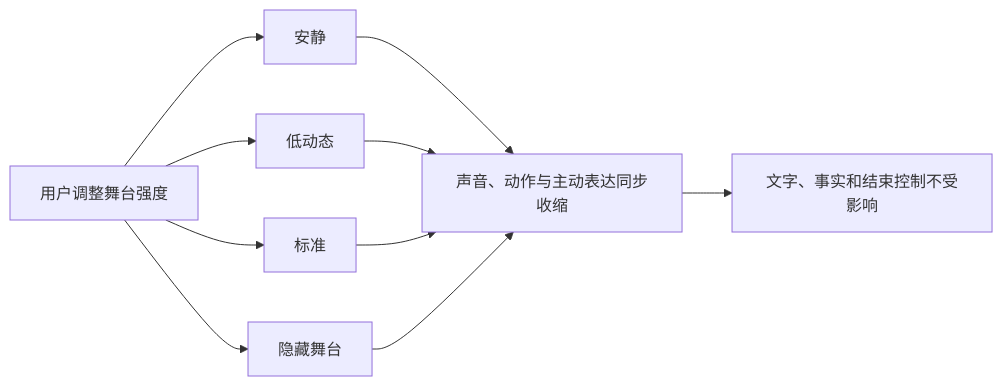
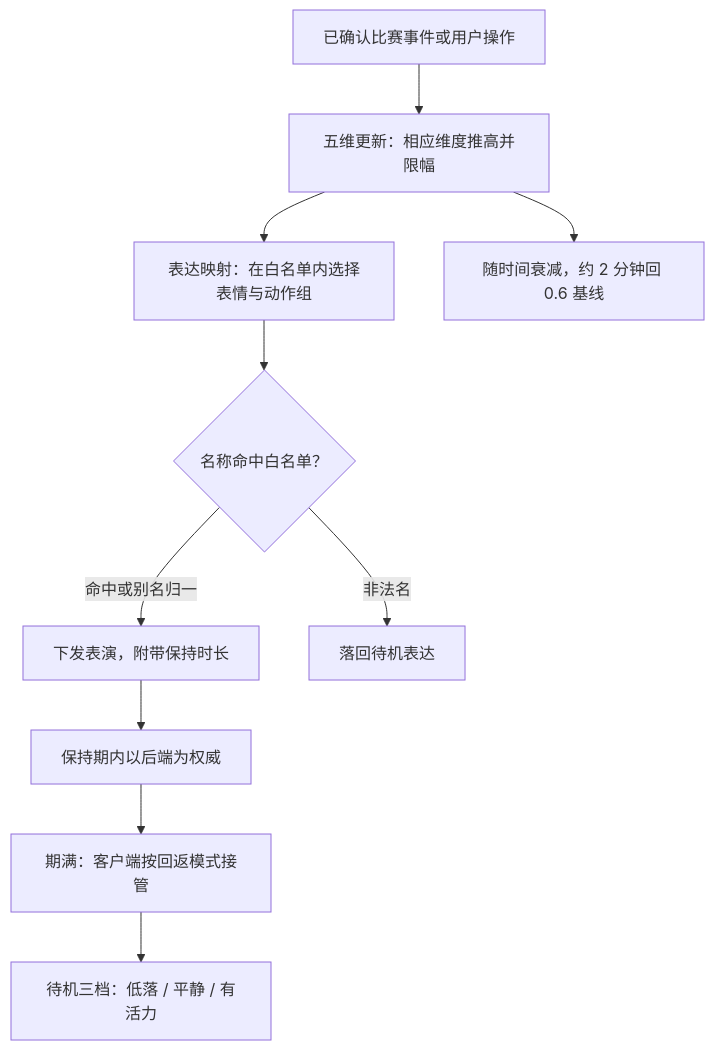
Before and after one commit to weiz98417-crypto/qiuqiu: the second of 2 diagrams in docs/球球全套资料/4.产品设计/32-情绪动力学与Live2D表演编排设计.md, drawn with Mermaid. The commit also changed other lines of this file and 49 other files, not shown here.

````diff
--- a/docs/球球全套资料/4.产品设计/32-情绪动力学与Live2D表演编排设计.md
+++ b/docs/球球全套资料/4.产品设计/32-情绪动力学与Live2D表演编排设计.md
@@ -600,12 +159,12 @@
 ```mermaid
-flowchart LR
-    A[用户调整舞台强度] --> B[安静]
-    A --> C[低动态]
-    A --> D[标准]
-    A --> E[隐藏舞台]
-    B --> F[声音、动作与主动表达同步收缩]
-    C --> F
-    D --> F
-    E --> F
-    F --> G[文字、事实和结束控制不受影响]
+flowchart TD
+    A[已确认比赛事件或用户操作] --> B[五维更新：相应维度推高并限幅]
+    B --> C[表达映射：在白名单内选择表情与动作组]
+    C --> D{名称命中白名单？}
+    D -->|命中或别名归一| E[下发表演，附带保持时长]
+    D -->|非法名| F[落回待机表达]
+    E --> G[保持期内以后端为权威]
+    G --> H[期满：客户端按回返模式接管]
+    H --> I[待机三档：低落 / 平静 / 有活力]
+    B --> J[随时间衰减，约 2 分钟回 0.6 基线]
 ```
````
